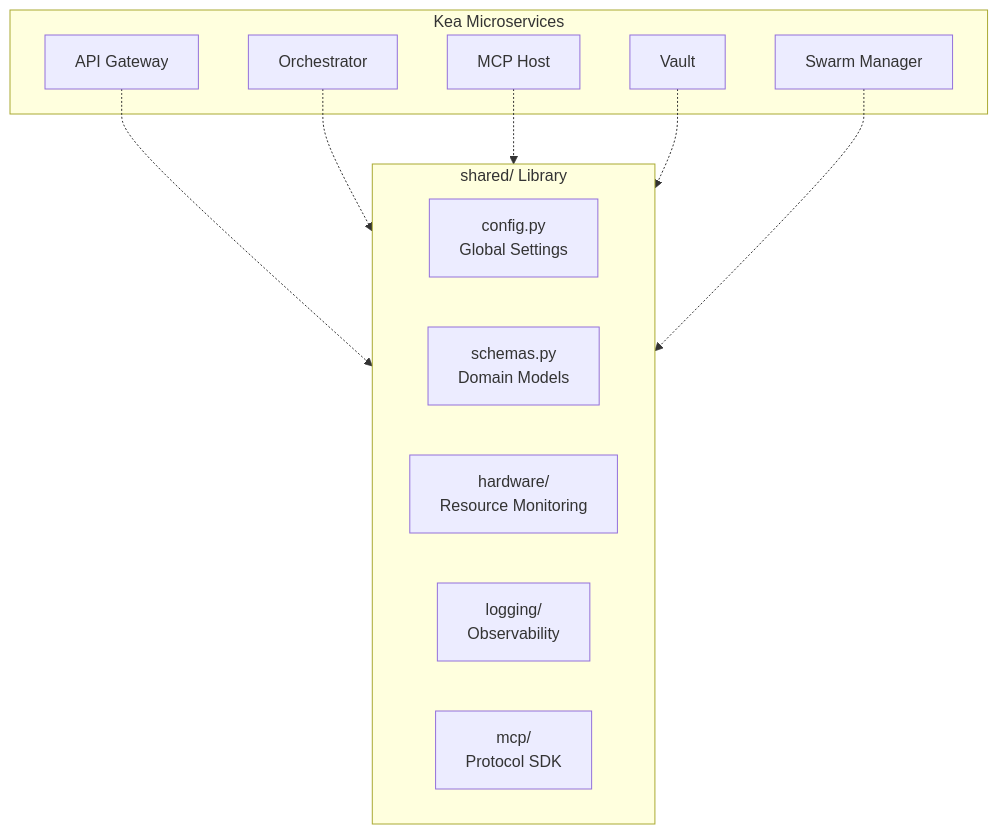
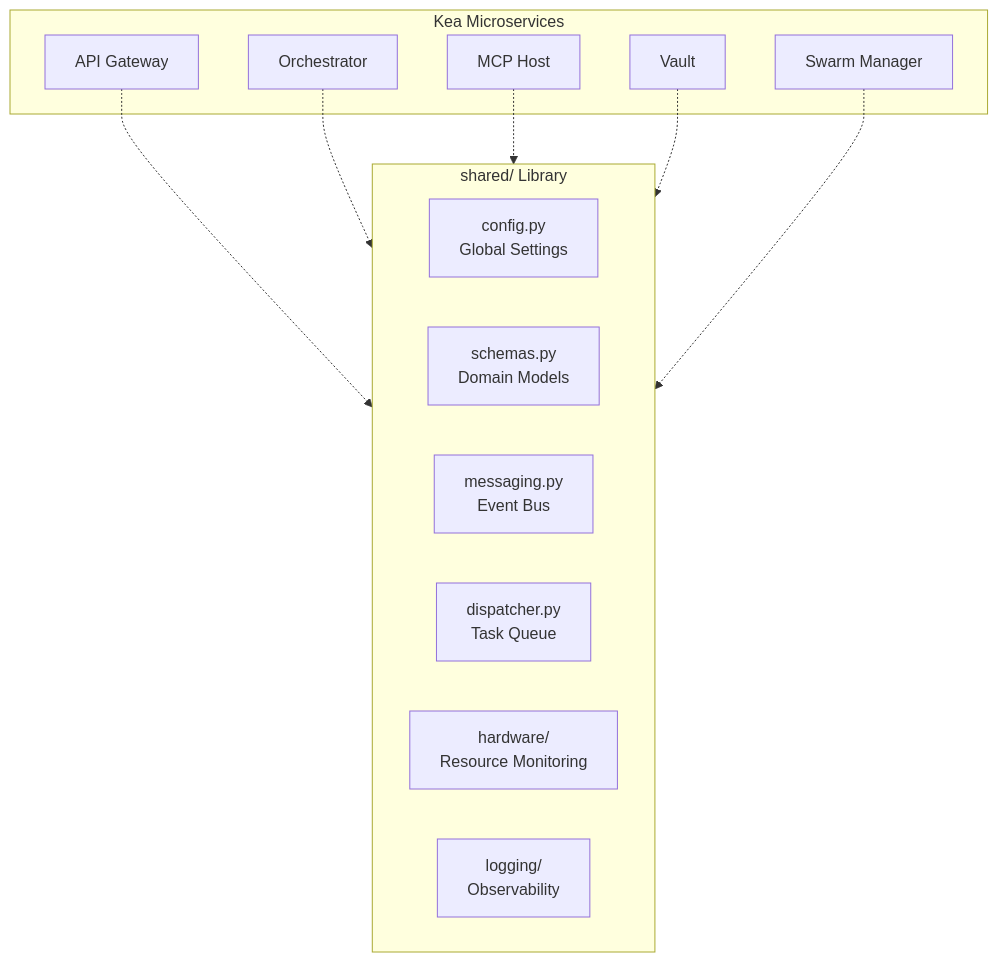
Before and after one commit to azzindani/Kea: the diagram in shared/README.md, drawn with Mermaid. The commit also changed other lines of this file and 21 other files, not shown here.

````diff
--- a/shared/README.md
+++ b/shared/README.md
@@ -22,24 +19,25 @@
 ```mermaid
 graph TD
     subgraph Services [Kea Microservices]
         Gateway[API Gateway]
         Orch[Orchestrator]
         Host[MCP Host]
         Vault[Vault]
         Manager[Swarm Manager]
     end
 
     subgraph Shared [shared/ Library]
         Config[config.py<br/>Global Settings]
         Schemas[schemas.py<br/>Domain Models]
+        Bus[messaging.py<br/>Event Bus]
+        Dispatch[dispatcher.py<br/>Task Queue]
         Hardware[hardware/<br/>Resource Monitoring]
         Logging[logging/<br/>Observability]
-        MCP[mcp/<br/>Protocol SDK]
     end
 
     Gateway -.-> Shared
     Orch -.-> Shared
     Host -.-> Shared
     Vault -.-> Shared
     Manager -.-> Shared
 ```
````
